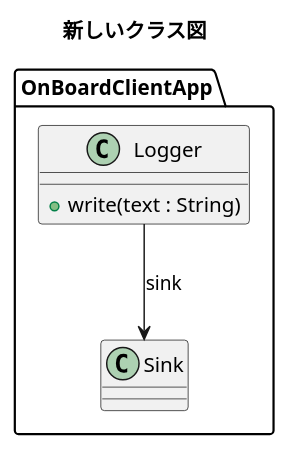
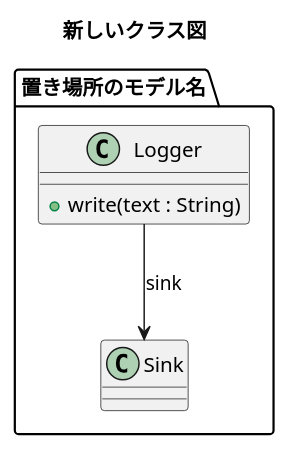
One commit to SuperPyonchiX/NextDesign_Script changed the diagram in PlantUmlTool/README.md. Above: the diagram before and after it, drawn with PlantUML. The commit also changed other lines of this file and 6 other files, not shown here.

````diff
--- a/PlantUmlTool/README.md
+++ b/PlantUmlTool/README.md
@@ -86,12 +151,12 @@
 ```plantuml
 @startuml
 title 新しいクラス図
-package "OnBoardClientApp" {
+package "置き場所のモデル名" {
   class "Logger" {
     + write(text : String)
   }
   class "Sink"
 }
 Logger --> Sink : sink
 @enduml
 ```
````
